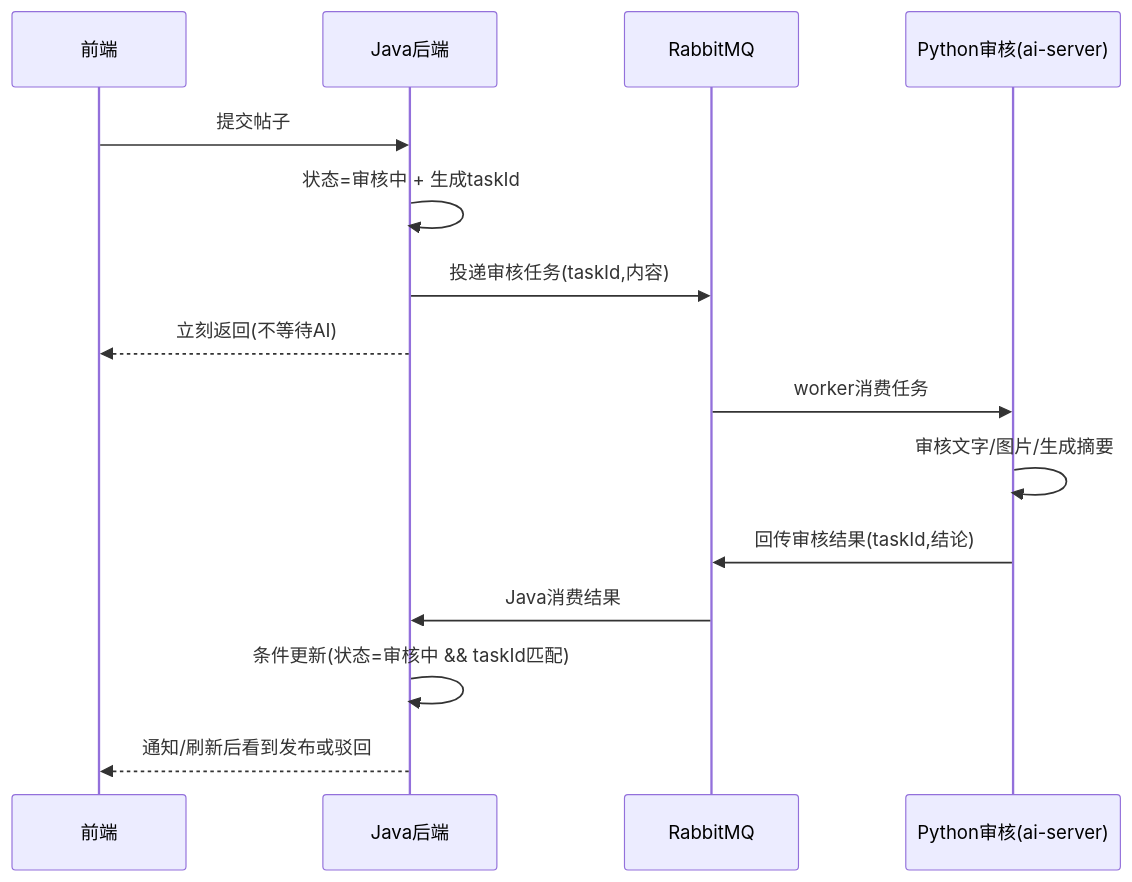
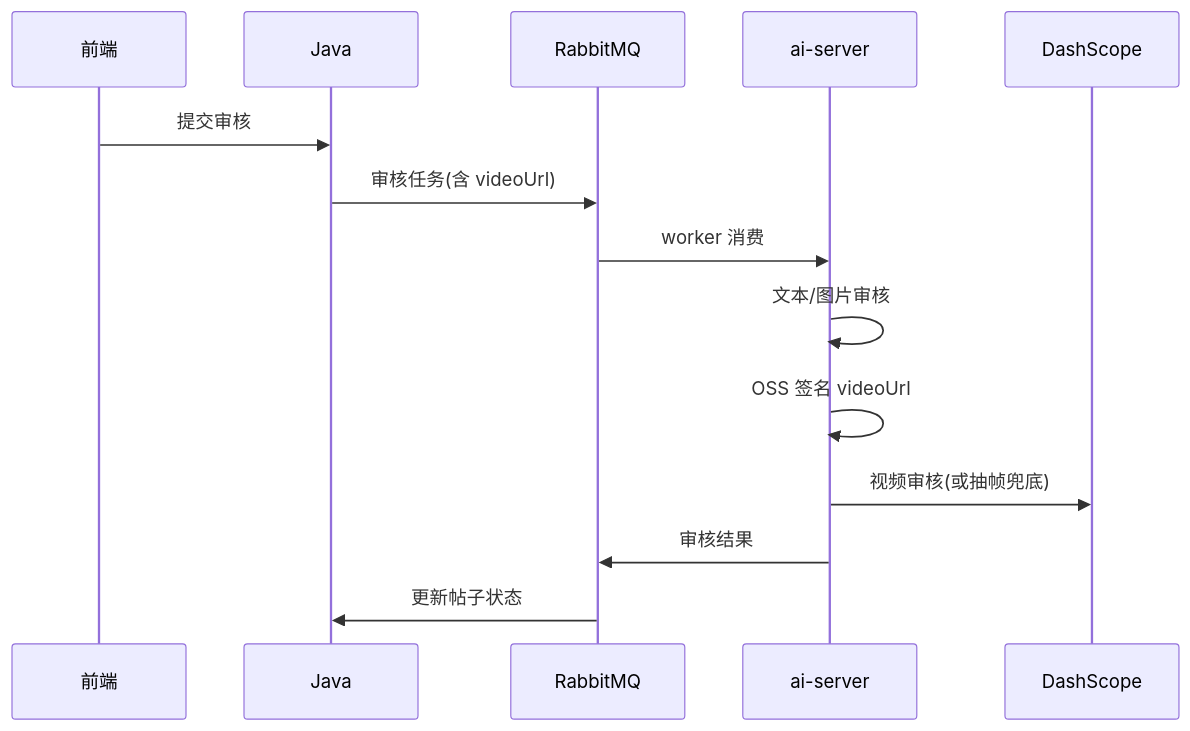
The second of 2 diagrams in README.md (pluchon/mengmeng_forum), drawn with Mermaid before and after one commit. The commit also changed other lines of this file and 219 other files, not shown here.

````diff
--- a/README.md
+++ b/README.md
@@ -195,20 +130,17 @@
 ```mermaid
 sequenceDiagram
   participant FE as 前端
-  participant J as Java后端
+  participant J as Java
   participant MQ as RabbitMQ
-  participant P as Python审核(ai-server)
+  participant P as ai-server
+  participant DS as DashScope
 
-  FE->>J: 提交帖子
-  J->>J: 状态=审核中 + 生成taskId
-  J->>MQ: 投递审核任务(taskId,内容)
-  J-->>FE: 立刻返回(不等待AI)
-
-  MQ->>P: worker消费任务
-  P->>P: 审核文字/图片/生成摘要
-  P->>MQ: 回传审核结果(taskId,结论)
-
-  MQ->>J: Java消费结果
-  J->>J: 条件更新(状态=审核中 && taskId匹配)
-  J-->>FE: 通知/刷新后看到发布或驳回
+  FE->>J: 提交审核
+  J->>MQ: 审核任务(含 videoUrl)
+  MQ->>P: worker 消费
+  P->>P: 文本/图片审核
+  P->>P: OSS 签名 videoUrl
+  P->>DS: 视频审核(或抽帧兜底)
+  P->>MQ: 审核结果
+  MQ->>J: 更新帖子状态
 ```
````
